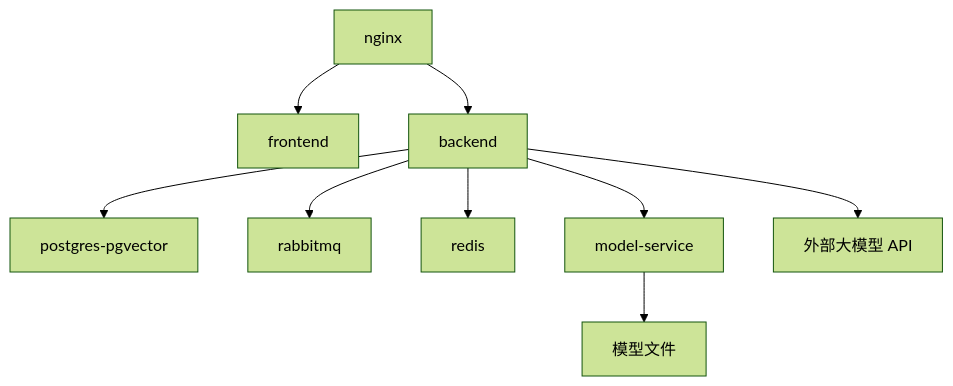
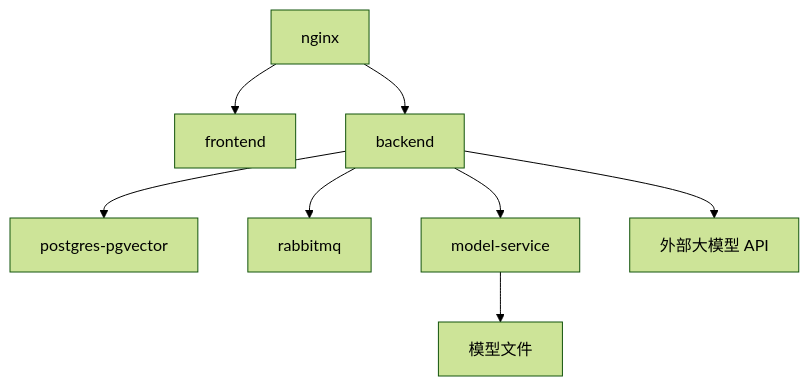
Before and after one commit to LinYsssss/ForgePilot: the diagram in docs/08_部署环境与配置清单.md, drawn with Mermaid (forest theme). The commit also changed other lines of this file and 54 other files, not shown here.

````diff
--- a/docs/08_部署环境与配置清单.md
+++ b/docs/08_部署环境与配置清单.md
@@ -89,11 +91,10 @@
 ```mermaid
 flowchart TB
     N["nginx"] --> FE["frontend"]
     N --> BE["backend"]
     BE --> PG["postgres-pgvector"]
     BE --> MQ["rabbitmq"]
-    BE --> RD["redis"]
     BE --> MS["model-service"]
     BE --> LLM["外部大模型 API"]
     MS --> Model["模型文件"]
 ```
````
